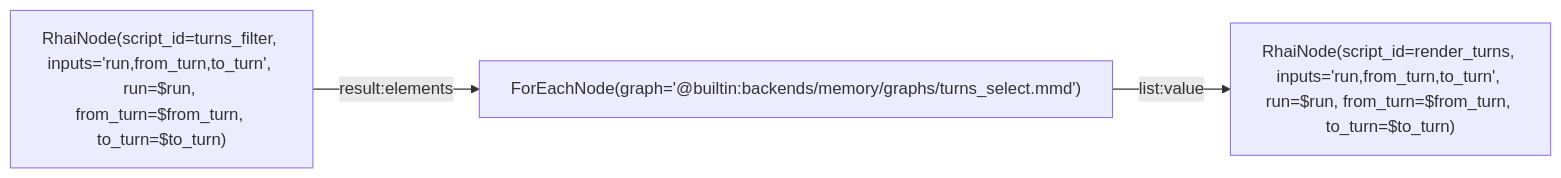
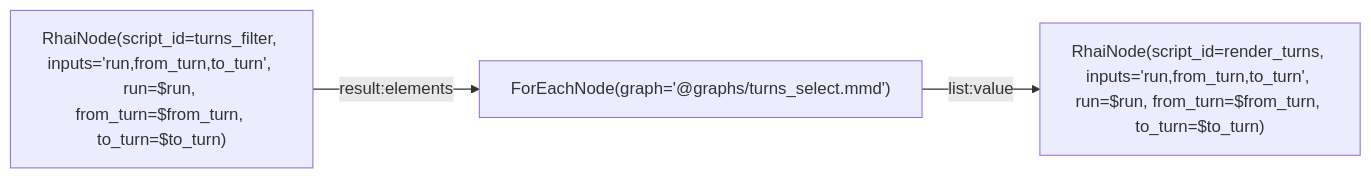
One commit to L-Defraiteur/rag3db changed the diagram in extension/rag3weaver/templates/backends/memory/graphs/render_turns.mmd. Above: the diagram before and after it, drawn with Mermaid. The commit also changed 20 other files, not shown here.

Commit message:
feat(memoire): le gabarit memory cite ses graphes et ses Plans sur disque (@graphs/, @plans/), versés dans le gabarit : une copie éditée change ce que l'appel joue et la version du gabarit ; @builtin: ne reste que pour les outils génériques du moteur (select_structured, search_structured)

```diff
--- a/extension/rag3weaver/templates/backends/memory/graphs/render_turns.mmd
+++ b/extension/rag3weaver/templates/backends/memory/graphs/render_turns.mmd
@@ -1,13 +1,13 @@
 %% tool: render_turns
 %% description: The slice of a run between two turns, rendered from its Turn rows in the single form the archiviste files (one « ## turn <n> » per turn, one « ### <role> · <time> » per message, a tool call with its name, status, params and result). Returns {text, turns, messages}. archive_slice renders its slice through it.
 %% param: run string! -- The run.
 %% param: from_turn int! -- The first turn, included.
 %% param: to_turn int! -- The last turn, included.
 %% result: render.result
 
 graph LR
     filter["RhaiNode(script_id=turns_filter, inputs='run,from_turn,to_turn', run=$run, from_turn=$from_turn, to_turn=$to_turn)"]
-    select["ForEachNode(graph='@builtin:backends/memory/graphs/turns_select.mmd')"]
+    select["ForEachNode(graph='@graphs/turns_select.mmd')"]
     render["RhaiNode(script_id=render_turns, inputs='run,from_turn,to_turn', run=$run, from_turn=$from_turn, to_turn=$to_turn)"]
     filter -->|result:elements| select
     select -->|list:value| render
```
